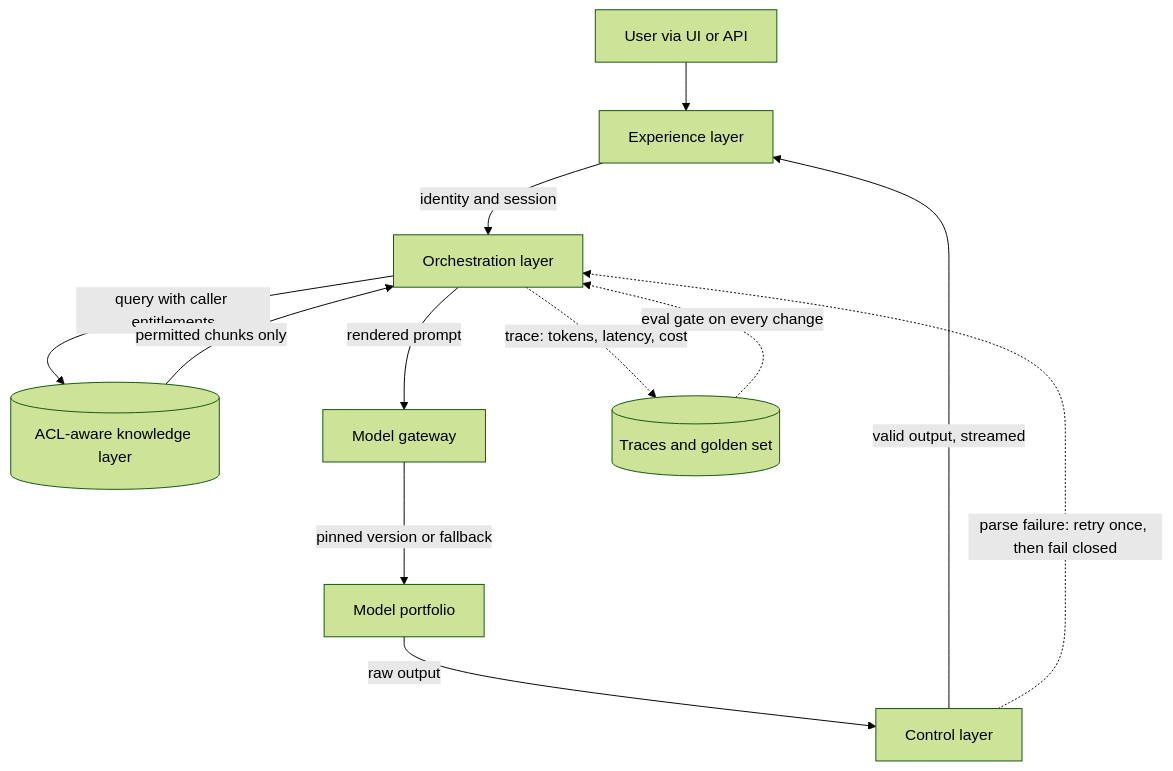
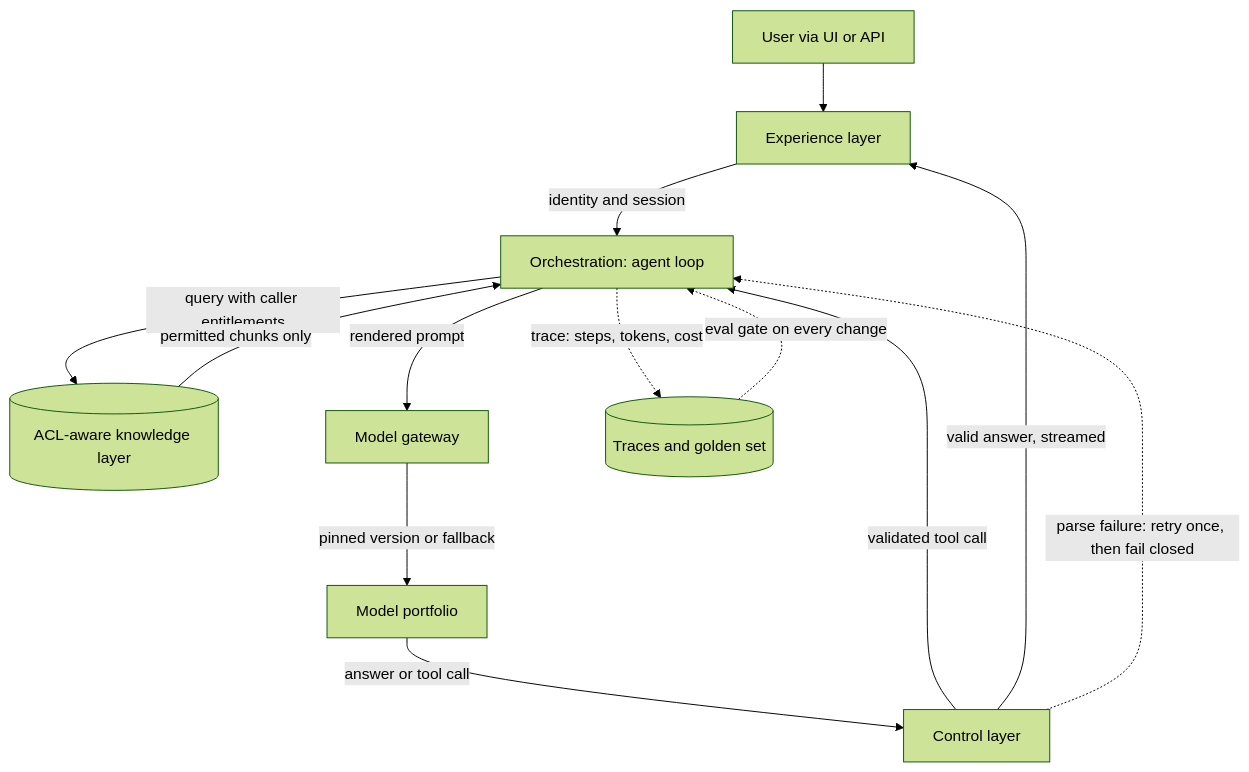
Before and after one commit to lovishmahajan97/agentic-learning: the diagram in content/system-design/ai-solution-architecture.md, drawn with Mermaid (forest theme). The commit also changed other lines of this file and 266 other files, not shown here.

````diff
--- a/content/system-design/ai-solution-architecture.md
+++ b/content/system-design/ai-solution-architecture.md
@@ -122,14 +143,15 @@
 ```mermaid
 flowchart TD
     U["User via UI or API"] --> E["Experience layer"]
-    E -->|"identity and session"| O["Orchestration layer"]
+    E -->|"identity and session"| O["Orchestration: agent loop"]
     O -->|"query with caller entitlements"| K[("ACL-aware knowledge layer")]
     K -->|"permitted chunks only"| O
     O -->|"rendered prompt"| G["Model gateway"]
     G -->|"pinned version or fallback"| M["Model portfolio"]
-    M -->|"raw output"| C["Control layer"]
-    C -->|"valid output, streamed"| E
+    M -->|"answer or tool call"| C["Control layer"]
+    C -->|"validated tool call"| O
+    C -->|"valid answer, streamed"| E
     C -.->|"parse failure: retry once, then fail closed"| O
-    O -.->|"trace: tokens, latency, cost"| T[("Traces and golden set")]
+    O -.->|"trace: steps, tokens, cost"| T[("Traces and golden set")]
     T -.->|"eval gate on every change"| O
 ```
````
